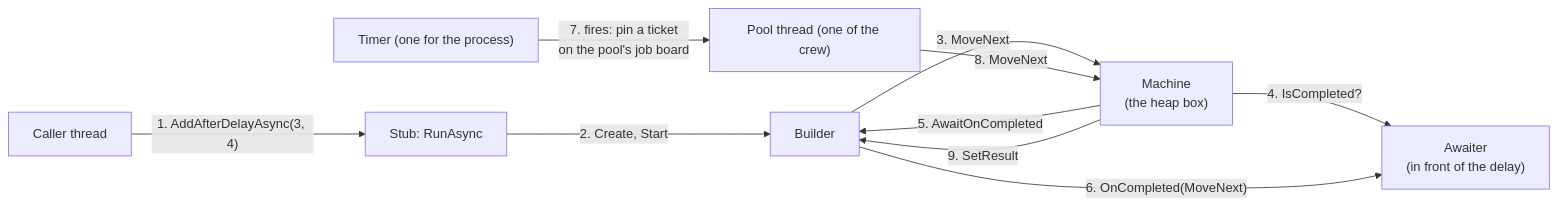
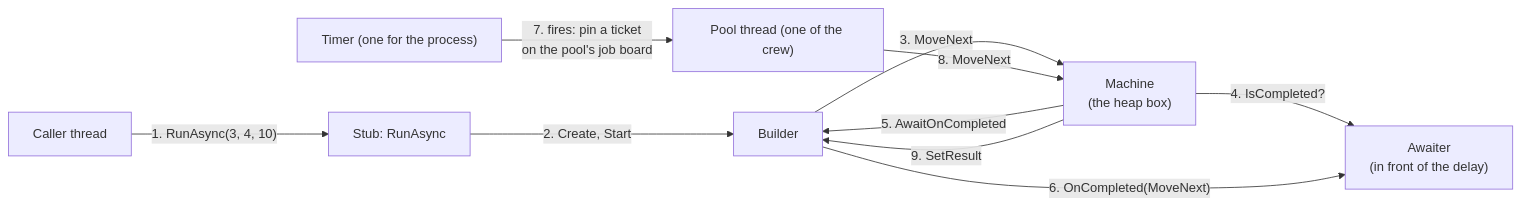
The second of 3 diagrams in docs/course/04-awaiter-and-builder.md (mmpworks/MMP.AsyncProxy), drawn with Mermaid before and after one commit. The commit also changed other lines of this file and 72 other files, not shown here.

````diff
--- a/docs/course/04-awaiter-and-builder.md
+++ b/docs/course/04-awaiter-and-builder.md
@@ -149,12 +149,12 @@
 ```mermaid
 flowchart LR
-    CALLER["Caller thread"] -->|"1. AddAfterDelayAsync(3, 4)"| STUB["Stub: RunAsync"]
+    CALLER["Caller thread"] -->|"1. RunAsync(3, 4, 10)"| STUB["Stub: RunAsync"]
     STUB -->|"2. Create, Start"| BUILDER["Builder"]
     BUILDER -->|"3. MoveNext"| MACHINE["Machine<br/>(the heap box)"]
     MACHINE -->|"4. IsCompleted?"| AWAITER["Awaiter<br/>(in front of the delay)"]
     MACHINE -->|"5. AwaitOnCompleted"| BUILDER
     BUILDER -->|"6. OnCompleted(MoveNext)"| AWAITER
     TIMER["Timer (one for the process)"] -->|"7. fires: pin a ticket<br/>on the pool's job board"| POOL["Pool thread (one of the crew)"]
     POOL -->|"8. MoveNext"| MACHINE
     MACHINE -->|"9. SetResult"| BUILDER
 ```
````
